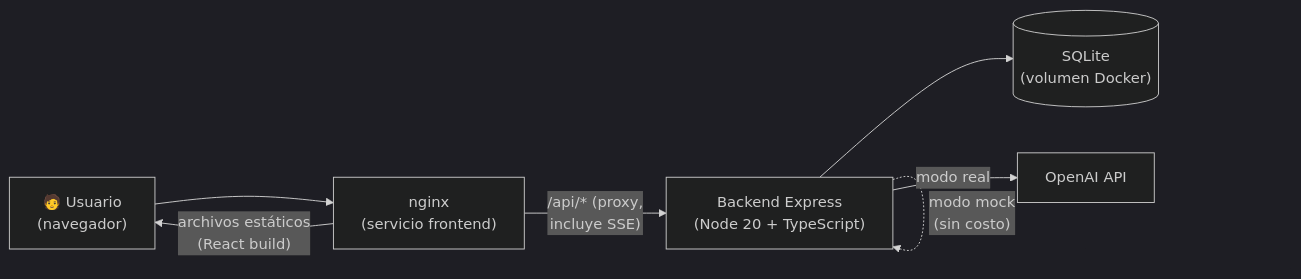
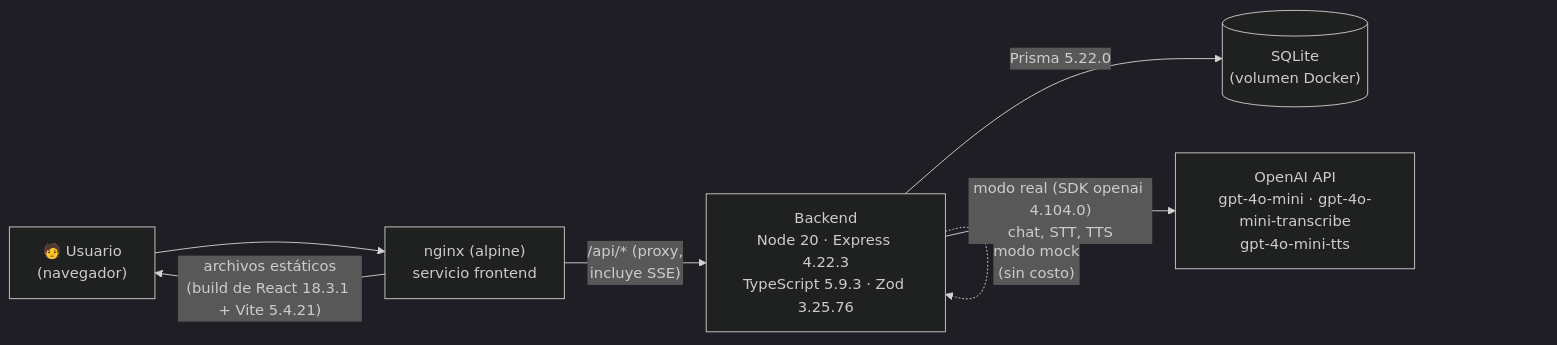
Before and after one commit to Tomm-Mc/mcnally-iisaia: the first of 2 diagrams in tp-final/README.md, drawn with Mermaid (dark theme). The commit also changed other lines of this file and 80 other files, not shown here.

````diff
--- a/tp-final/README.md
+++ b/tp-final/README.md
@@ -20,9 +22,9 @@
 ```mermaid
 flowchart LR
-    U["🧑 Usuario<br/>(navegador)"] --> N["nginx<br/>(servicio frontend)"]
-    N -- "archivos estáticos<br/>(React build)" --> U
-    N -- "/api/* (proxy,<br/>incluye SSE)" --> B["Backend Express<br/>(Node 20 + TypeScript)"]
-    B --> D[("SQLite<br/>(volumen Docker)")]
-    B -- "modo real" --> O["OpenAI API"]
+    U["🧑 Usuario<br/>(navegador)"] --> N["nginx (alpine)<br/>servicio frontend"]
+    N -- "archivos estáticos<br/>(build de React 18.3.1 + Vite 5.4.21)" --> U
+    N -- "/api/* (proxy,<br/>incluye SSE)" --> B["Backend<br/>Node 20 · Express 4.22.3<br/>TypeScript 5.9.3 · Zod 3.25.76"]
+    B -- "Prisma 5.22.0" --> D[("SQLite<br/>(volumen Docker)")]
+    B -- "modo real (SDK openai 4.104.0)<br/>chat, STT, TTS" --> O["OpenAI API<br/>gpt-4o-mini · gpt-4o-mini-transcribe<br/>gpt-4o-mini-tts"]
     B -. "modo mock<br/>(sin costo)" .-> B
 ```
````
